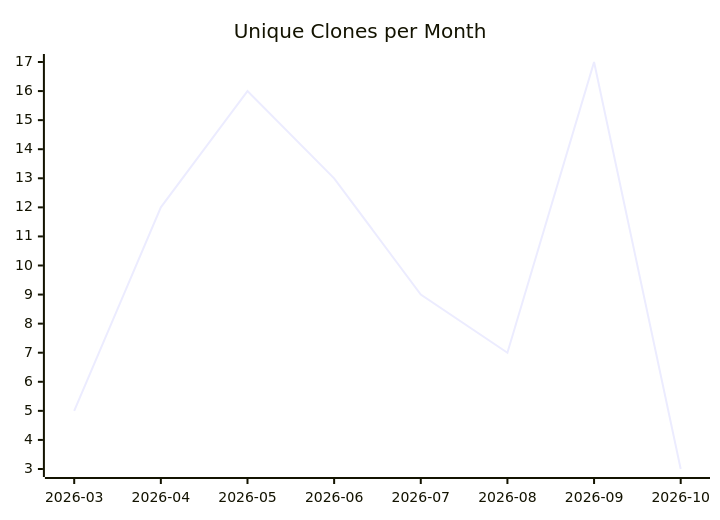
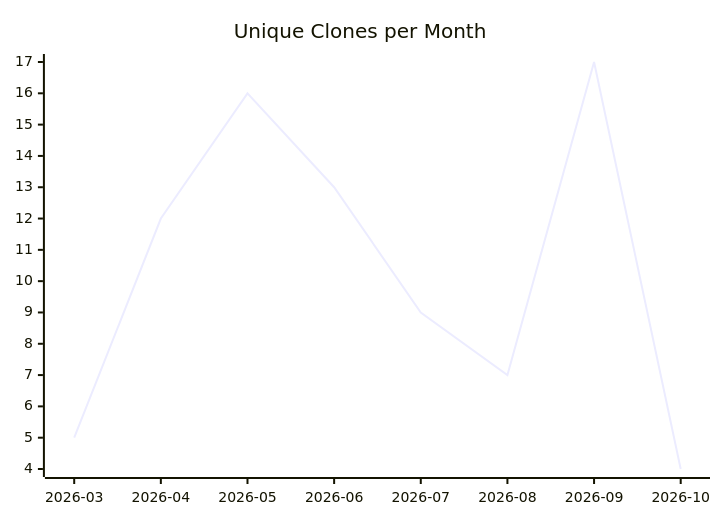
Before and after one commit to justdavis-family/github-analytics-data: the third of 3 diagrams in karlmdavis/justdavis-karl/README.md, drawn with Mermaid. The commit also changed other lines of this file and 202 other files, not shown here.

````diff
--- a/karlmdavis/justdavis-karl/README.md
+++ b/karlmdavis/justdavis-karl/README.md
@@ -19,6 +19,6 @@
 ```mermaid
 xychart-beta
   title "Unique Clones per Month"
   x-axis ["2026-03", "2026-04", "2026-05", "2026-06", "2026-07", "2026-08", "2026-09", "2026-10"]
-  line [5, 12, 16, 13, 9, 7, 17, 3]
+  line [5, 12, 16, 13, 9, 7, 17, 4]
 ```
````
